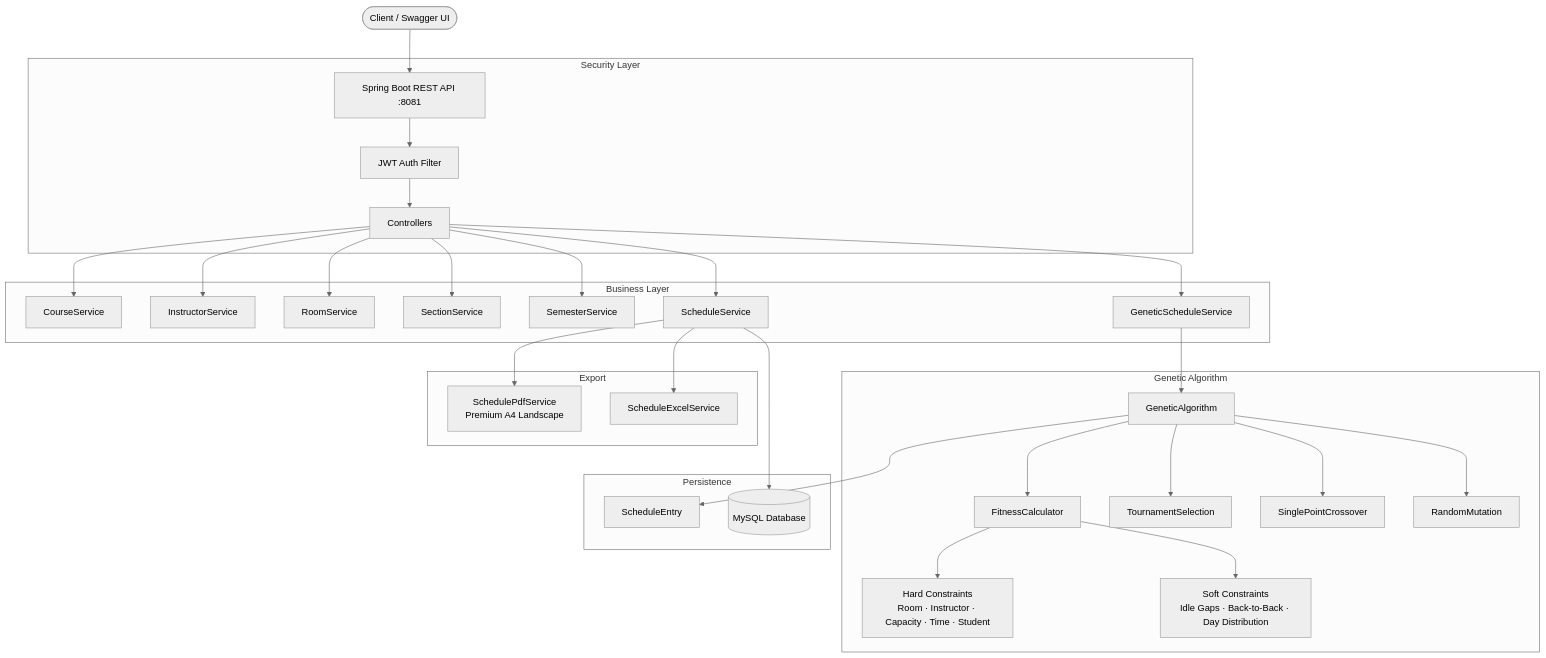
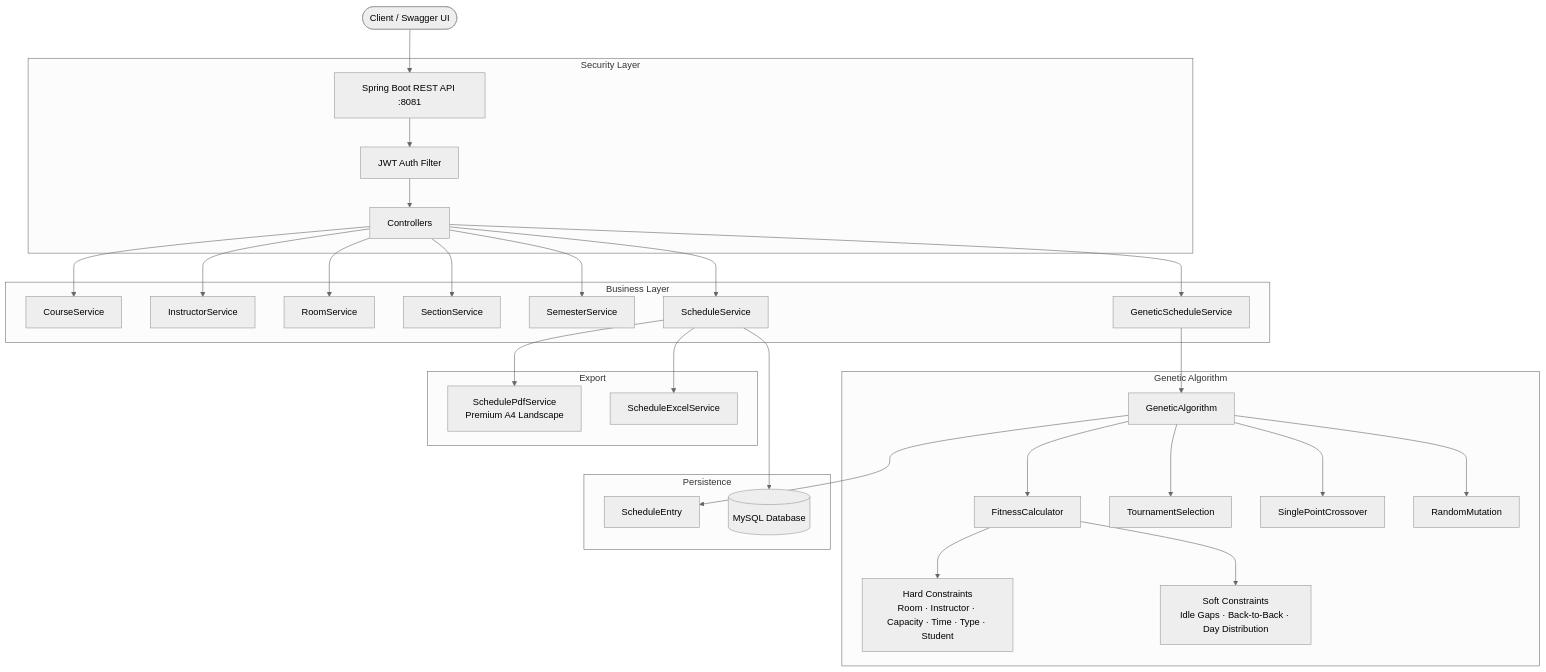
One commit to MahmoudYoussef-web/Time-Table changed the first of 2 diagrams in backend/README.md. Above: the diagram before and after it, drawn with Mermaid (neutral theme). The commit also changed other lines of this file and 3 other files, not shown here.

````diff
--- a/backend/README.md
+++ b/backend/README.md
@@ -66,39 +67,39 @@
 ```mermaid
 graph TD
     Client([Client / Swagger UI]) --> API[Spring Boot REST API :8081]
 
     subgraph Security Layer
         API --> JWT[JWT Auth Filter]
         JWT --> Controllers
     end
 
     subgraph Business Layer
         Controllers --> CourseService
         Controllers --> InstructorService
         Controllers --> RoomService
         Controllers --> SectionService
         Controllers --> SemesterService
         Controllers --> ScheduleService
         Controllers --> GeneticScheduleService
     end
 
     subgraph Genetic Algorithm
         GeneticScheduleService --> GA[GeneticAlgorithm]
         GA --> Fitness[FitnessCalculator]
         GA --> Selection[TournamentSelection]
         GA --> Crossover[SinglePointCrossover]
         GA --> Mutation[RandomMutation]
-        Fitness --> HardConstraints[Hard Constraints<br/>Room · Instructor · Capacity · Time · Student]
+        Fitness --> HardConstraints[Hard Constraints<br/>Room · Instructor · Capacity · Time · Type · Student]
         Fitness --> SoftConstraints[Soft Constraints<br/>Idle Gaps · Back-to-Back · Day Distribution]
     end
 
     subgraph Export
         ScheduleService --> PDF[SchedulePdfService<br/>Premium A4 Landscape]
         ScheduleService --> Excel[ScheduleExcelService]
     end
 
     subgraph Persistence
         GA --> ScheduleEntry
         ScheduleService --> DB[(MySQL Database)]
     end
 ```
````
